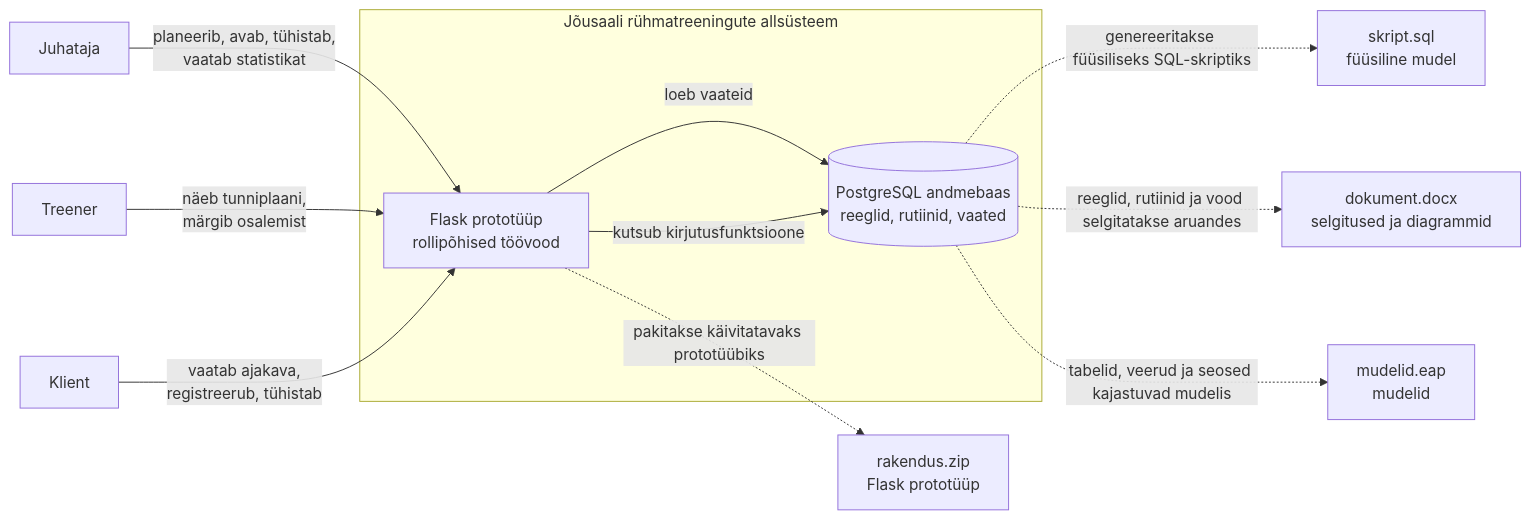
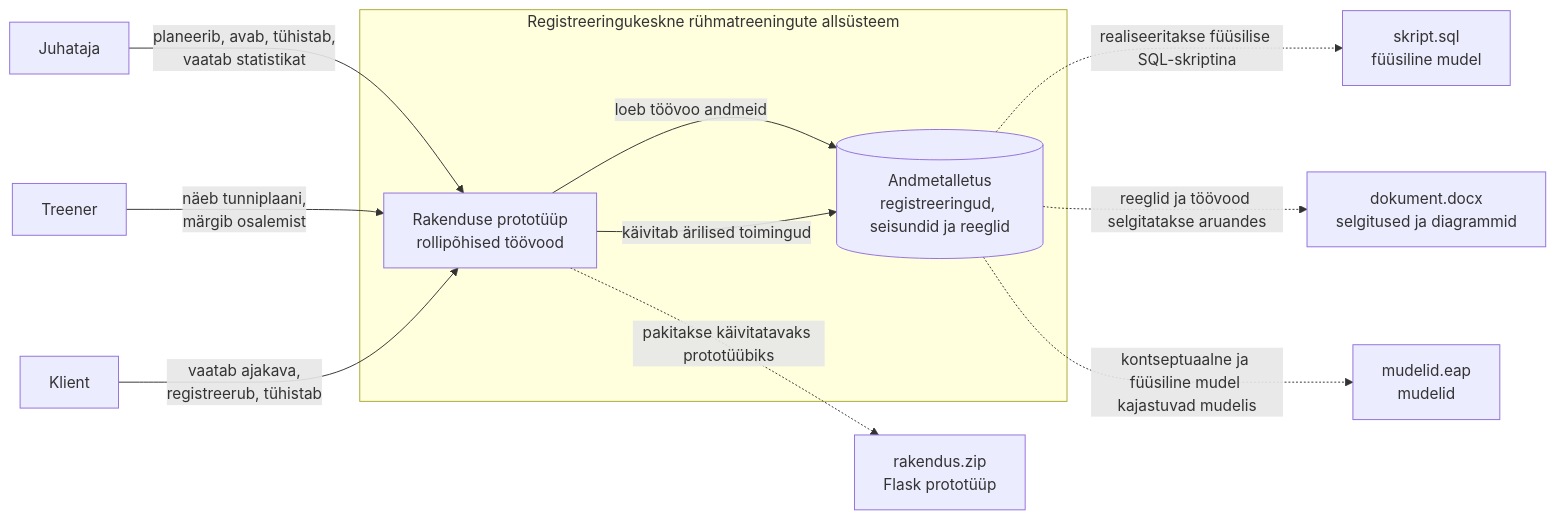
One commit to tamkivi/andmebaasid-projekt changed the diagram in diagrams/01_system_context.mmd. Above: the diagram before and after it, drawn with Mermaid. The commit also changed 26 other files, not shown here.

```diff
--- a/diagrams/01_system_context.mmd
+++ b/diagrams/01_system_context.mmd
@@ -1,21 +1,21 @@
 flowchart LR
-    subgraph "Jõusaali rühmatreeningute allsüsteem"
-        APP["Flask prototüüp\nrollipõhised töövood"]
-        DB[("PostgreSQL andmebaas\nreeglid, rutiinid, vaated")]
-        APP -->|"loeb vaateid"| DB
-        APP -->|"kutsub kirjutusfunktsioone"| DB
+    subgraph "Registreeringukeskne rühmatreeningute allsüsteem"
+        APP["Rakenduse prototüüp\nrollipõhised töövood"]
+        DB[("Andmetalletus\nregistreeringud, seisundid ja reeglid")]
+        APP -->|"loeb töövoo andmeid"| DB
+        APP -->|"käivitab ärilised toimingud"| DB
     end
 
     JUH["Juhataja"] -->|"planeerib, avab, tühistab,\nvaatab statistikat"| APP
     TRE["Treener"] -->|"näeb tunniplaani,\nmärgib osalemist"| APP
     KLI["Klient"] -->|"vaatab ajakava,\nregistreerub, tühistab"| APP
 
     DOC["dokument.docx\nselgitused ja diagrammid"]
     SQL["skript.sql\nfüüsiline mudel"]
     EAP["mudelid.eap\nmudelid"]
     ZIP["rakendus.zip\nFlask prototüüp"]
 
-    DB -.->|"genereeritakse füüsiliseks SQL-skriptiks"| SQL
+    DB -.->|"realiseeritakse füüsilise SQL-skriptina"| SQL
     APP -.->|"pakitakse käivitatavaks prototüübiks"| ZIP
-    DB -.->|"reeglid, rutiinid ja vood selgitatakse aruandes"| DOC
-    DB -.->|"tabelid, veerud ja seosed kajastuvad mudelis"| EAP
+    DB -.->|"reeglid ja töövood selgitatakse aruandes"| DOC
+    DB -.->|"kontseptuaalne ja füüsiline mudel kajastuvad mudelis"| EAP
```
